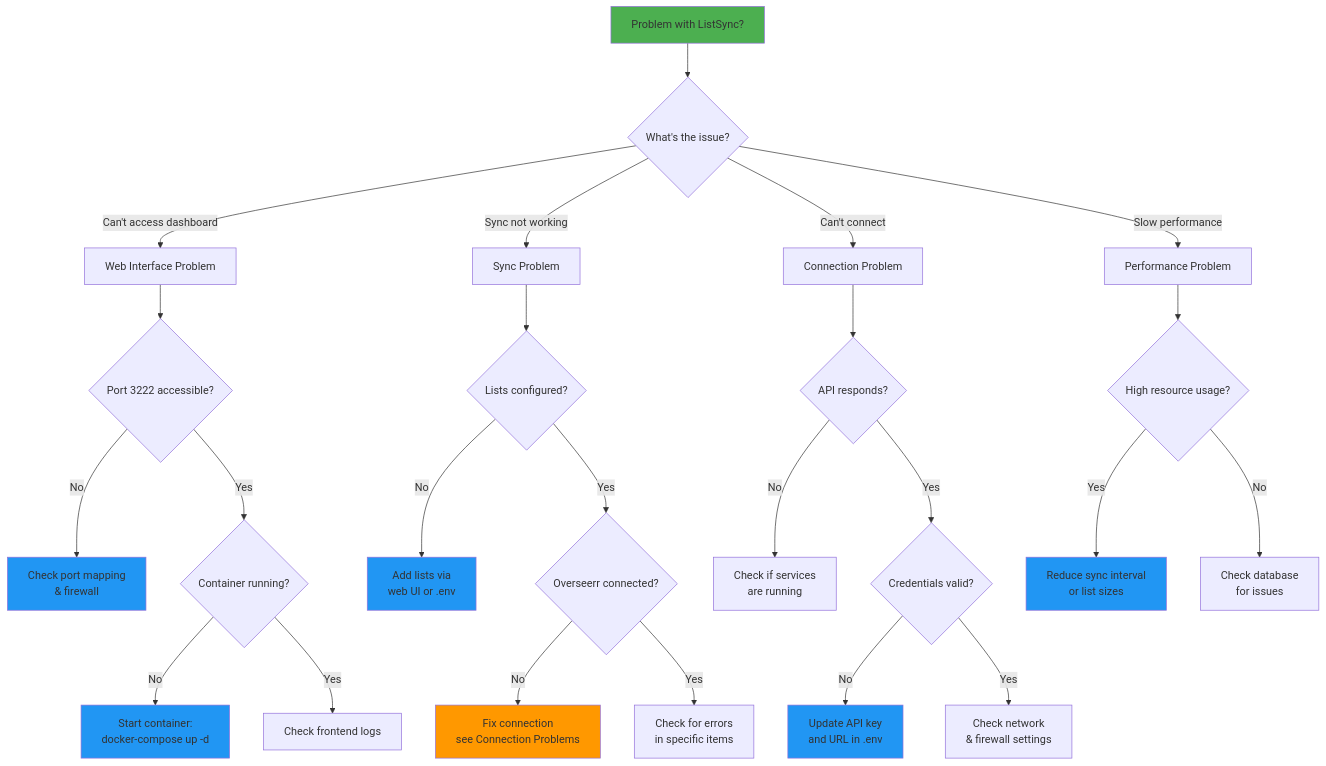
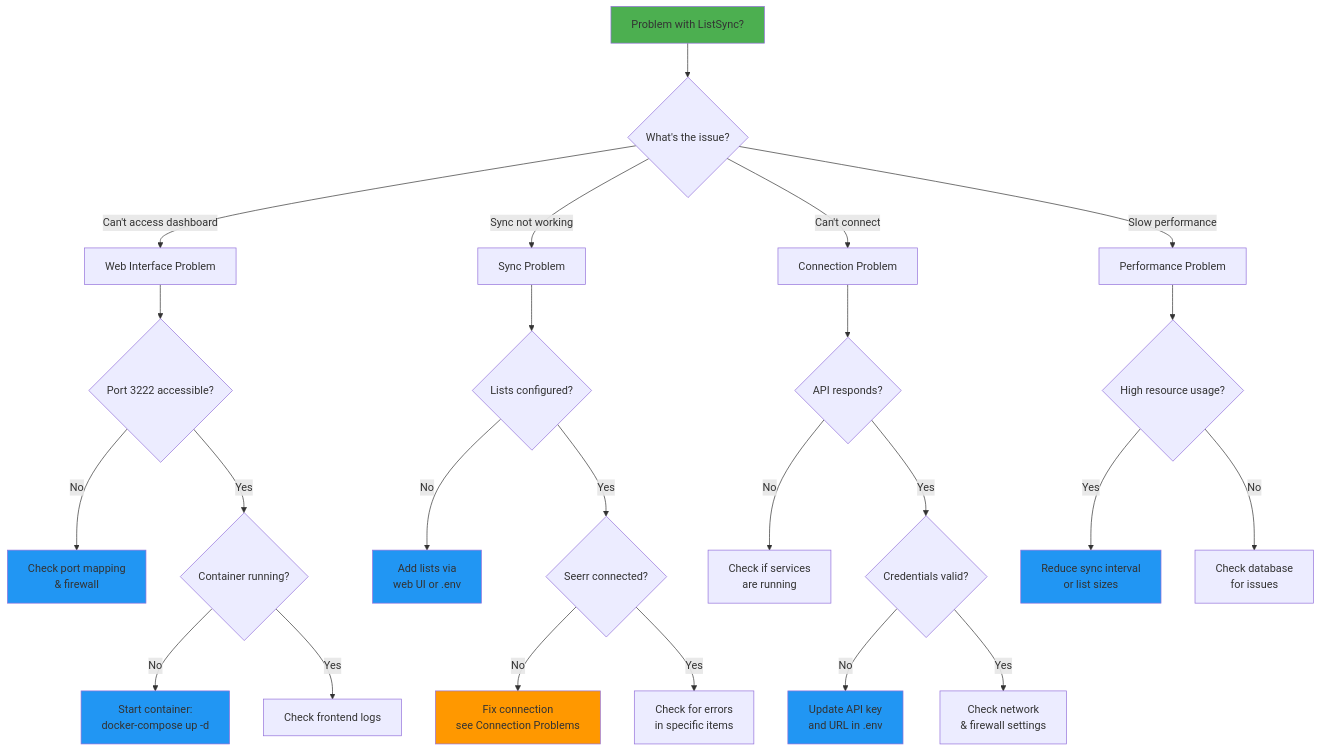
The first of 4 diagrams in docs/troubleshooting.md (KaHooli/list-sync), drawn with Mermaid before and after one commit. The commit also changed other lines of this file and 74 other files, not shown here.

````diff
--- a/docs/troubleshooting.md
+++ b/docs/troubleshooting.md
@@ -23,39 +23,39 @@
 ```mermaid
 flowchart TD
     Start[Problem with ListSync?] --> CheckType{What's the issue?}
     
     CheckType -->|Can't access dashboard| WebIssue[Web Interface Problem]
     CheckType -->|Sync not working| SyncIssue[Sync Problem]
     CheckType -->|Can't connect| ConnIssue[Connection Problem]
     CheckType -->|Slow performance| PerfIssue[Performance Problem]
     
     WebIssue --> CheckPort{Port 3222 accessible?}
     CheckPort -->|No| FixPort[Check port mapping<br/>& firewall]
     CheckPort -->|Yes| CheckContainer{Container running?}
     CheckContainer -->|No| StartContainer[Start container:<br/>docker-compose up -d]
     CheckContainer -->|Yes| CheckLogs[Check frontend logs]
     
     SyncIssue --> CheckLists{Lists configured?}
     CheckLists -->|No| AddLists[Add lists via<br/>web UI or .env]
-    CheckLists -->|Yes| CheckOverseerr{Overseerr connected?}
+    CheckLists -->|Yes| CheckOverseerr{Seerr connected?}
     CheckOverseerr -->|No| FixConnection[Fix connection<br/>see Connection Problems]
     CheckOverseerr -->|Yes| CheckItems[Check for errors<br/>in specific items]
     
     ConnIssue --> TestAPI{API responds?}
     TestAPI -->|No| CheckService[Check if services<br/>are running]
     TestAPI -->|Yes| CheckCreds{Credentials valid?}
     CheckCreds -->|No| UpdateCreds[Update API key<br/>and URL in .env]
     CheckCreds -->|Yes| CheckNetwork[Check network<br/>& firewall settings]
     
     PerfIssue --> CheckResources{High resource usage?}
     CheckResources -->|Yes| OptimizeResources[Reduce sync interval<br/>or list sizes]
     CheckResources -->|No| CheckDatabase[Check database<br/>for issues]
     
     style Start fill:#4CAF50
     style FixPort fill:#2196F3
     style StartContainer fill:#2196F3
     style AddLists fill:#2196F3
     style FixConnection fill:#FF9800
     style UpdateCreds fill:#2196F3
     style OptimizeResources fill:#2196F3
 ```
````
